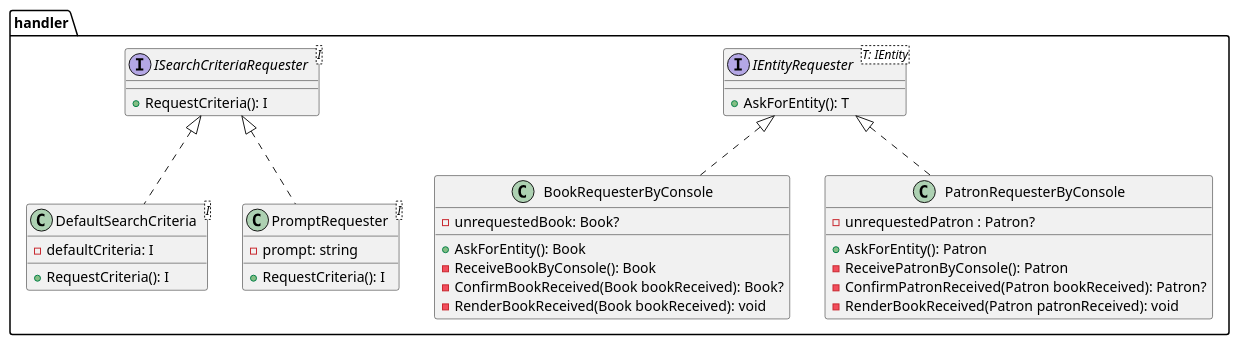
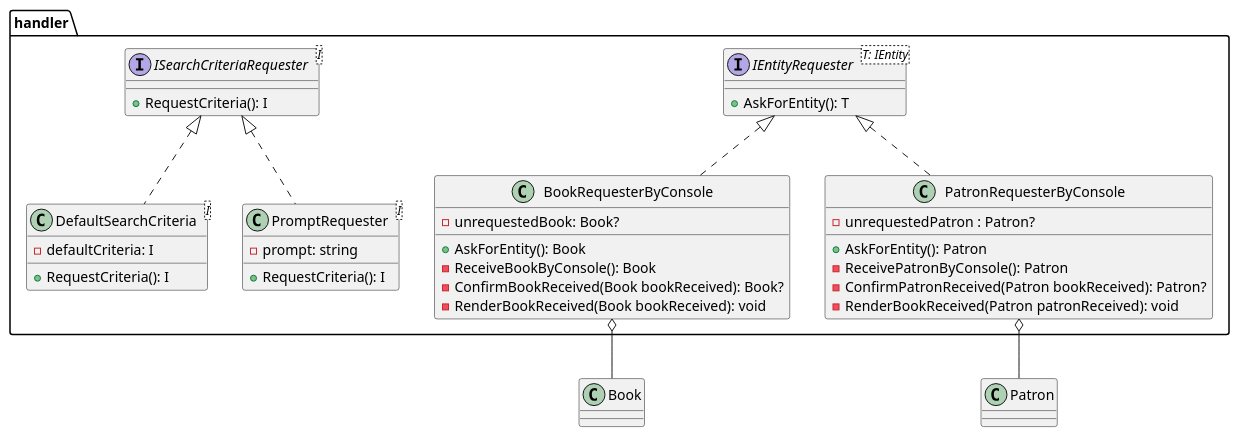
Before and after one commit to programacion-6/Opcion1LosBorbotones: the diagram in system-design/class-diagram/presentation/handlers.puml, drawn with PlantUML. The commit also changed 10 other files, not shown here.

```diff
--- a/system-design/class-diagram/presentation/handlers.puml
+++ b/system-design/class-diagram/presentation/handlers.puml
@@ -1,43 +1,45 @@
 @startuml
 package handler {
     class BookRequesterByConsole {
         - unrequestedBook: Book?
         + AskForEntity(): Book
         - ReceiveBookByConsole(): Book
         - ConfirmBookReceived(Book bookReceived): Book?
         - RenderBookReceived(Book bookReceived): void
     }
 
     class PatronRequesterByConsole {
         - unrequestedPatron : Patron?
         + AskForEntity(): Patron
         - ReceivePatronByConsole(): Patron
         - ConfirmPatronReceived(Patron bookReceived): Patron?
         - RenderBookReceived(Patron patronReceived): void
     }
 
 
     interface IEntityRequester<T: IEntity> {
         + AskForEntity(): T
     }
     IEntityRequester <|.. BookRequesterByConsole
     IEntityRequester <|.. PatronRequesterByConsole
 
 
     class DefaultSearchCriteria<I> {
         - defaultCriteria: I
         + RequestCriteria(): I
     }
 
     class PromptRequester<I> {
         - prompt: string
         + RequestCriteria(): I
     }
 
     interface ISearchCriteriaRequester<I> {
         + RequestCriteria(): I
     }
     ISearchCriteriaRequester <|.. DefaultSearchCriteria
     ISearchCriteriaRequester <|.. PromptRequester
 }
+BookRequesterByConsole o-- Book
+PatronRequesterByConsole o-- Patron
 @enduml
```
